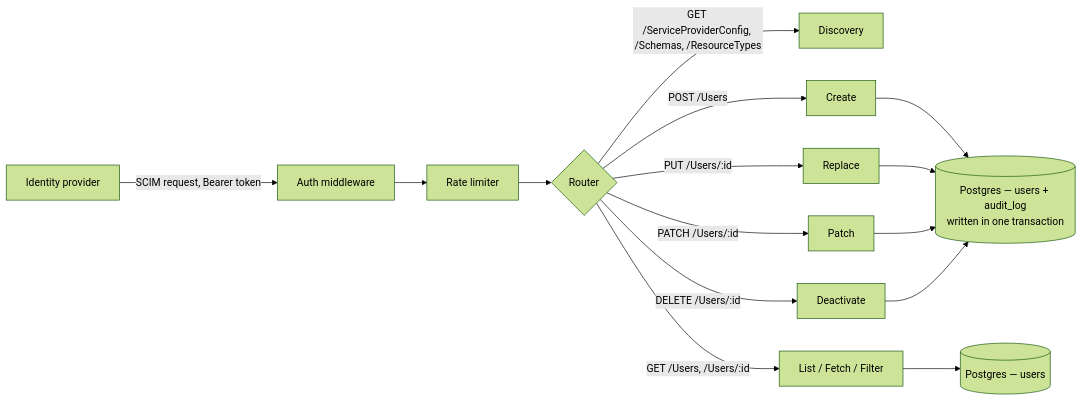
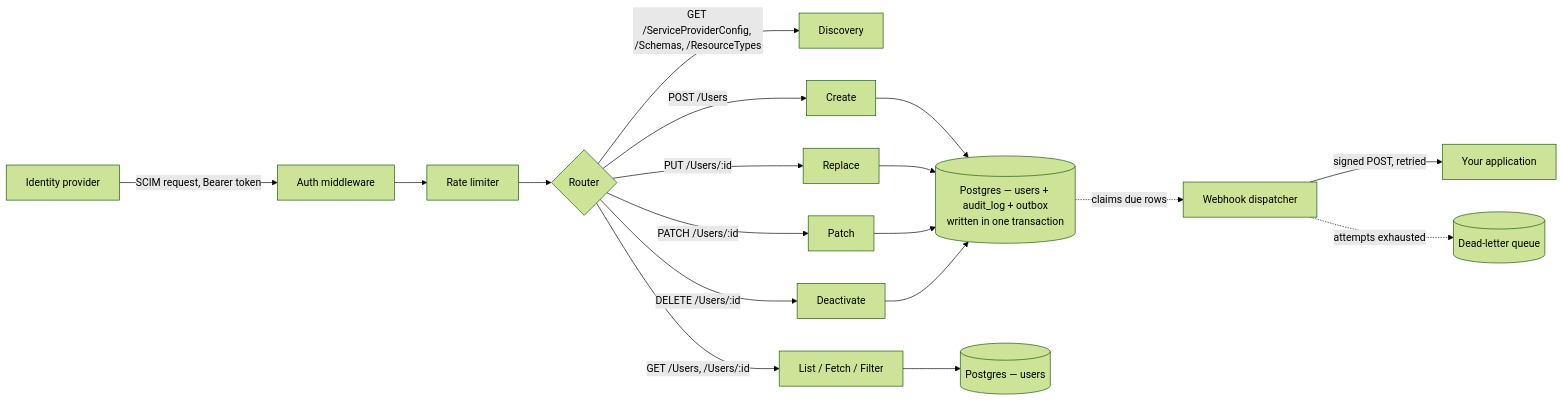
Before and after one commit to meghamahna/SCIMage: the diagram in README.md, drawn with Mermaid (forest theme). The commit also changed other lines of this file and 13 other files, not shown here.

````diff
--- a/README.md
+++ b/README.md
@@ -45,17 +45,20 @@
 ```mermaid
 flowchart LR
     IDP[Identity provider] -->|SCIM request, Bearer token| AUTH[Auth middleware]
     AUTH --> RL[Rate limiter]
     RL --> ROUTER{Router}
     ROUTER -->|GET /ServiceProviderConfig, /Schemas, /ResourceTypes| DISCOVERY[Discovery]
     ROUTER -->|POST /Users| CREATE[Create]
     ROUTER -->|GET /Users, /Users/:id| READ[List / Fetch / Filter]
     ROUTER -->|PUT /Users/:id| UPDATE[Replace]
     ROUTER -->|PATCH /Users/:id| PATCHOP[Patch]
     ROUTER -->|DELETE /Users/:id| DEACTIVATE[Deactivate]
-    CREATE --> TX[("Postgres — users + audit_log<br/>written in one transaction")]
+    CREATE --> TX[("Postgres — users + audit_log + outbox<br/>written in one transaction")]
     UPDATE --> TX
     PATCHOP --> TX
     DEACTIVATE --> TX
     READ --> DB[("Postgres — users")]
+    TX -.->|claims due rows| DISPATCH[Webhook dispatcher]
+    DISPATCH -->|"signed POST, retried"| APP[Your application]
+    DISPATCH -.->|"attempts exhausted"| DLQ[("Dead-letter queue")]
 ```
````
